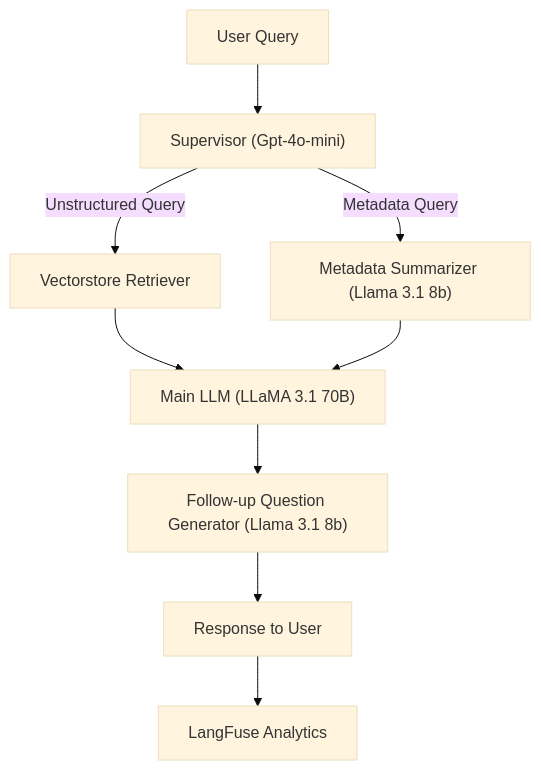
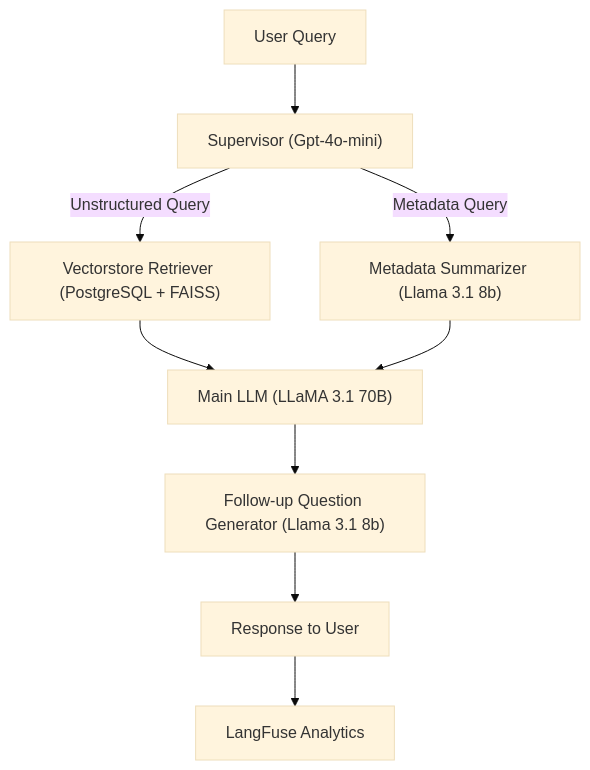
Before and after one commit to Henil-08/Verta-eCom-Chatbot: the diagram in readme/01_BASE_MODEL.md, drawn with Mermaid (base theme). The commit also changed other lines of this file and 1 other file, not shown here.

Commit message:
updated readme with digram and flowchart

````diff
--- a/readme/01_BASE_MODEL.md
+++ b/readme/01_BASE_MODEL.md
@@ -42,12 +54,12 @@
 ```mermaid
 flowchart TD
     start[User Query]
     start --> supervisor["Supervisor (Gpt-4o-mini)"]
     supervisor -->|Metadata Query| summarizer["Metadata Summarizer (Llama 3.1 8b)"]
-    supervisor -->|Unstructured Query| vectorstore["Vectorstore Retriever"]
+    supervisor -->|Unstructured Query| vectorstore["Vectorstore Retriever (PostgreSQL + FAISS)"]
     vectorstore --> mainllm["Main LLM (LLaMA 3.1 70B)"]
     summarizer --> mainllm
     mainllm --> followup["Follow-up Question Generator (Llama 3.1 8b)"]
     followup --> response["Response to User"]
     response --> langfuse["LangFuse Analytics"]
 ```
````
